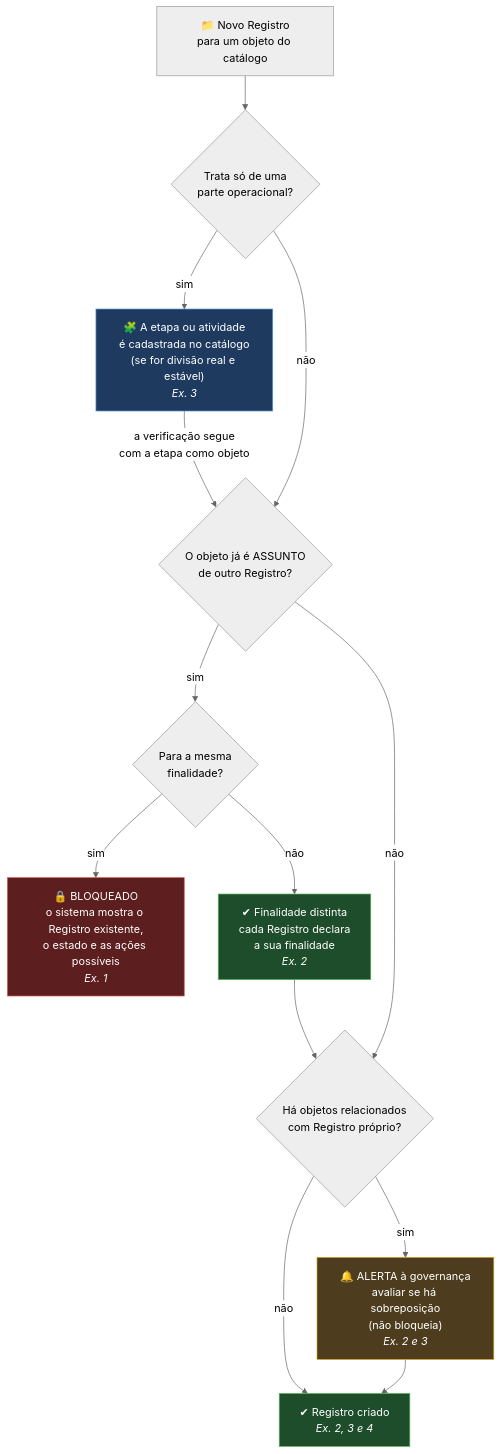
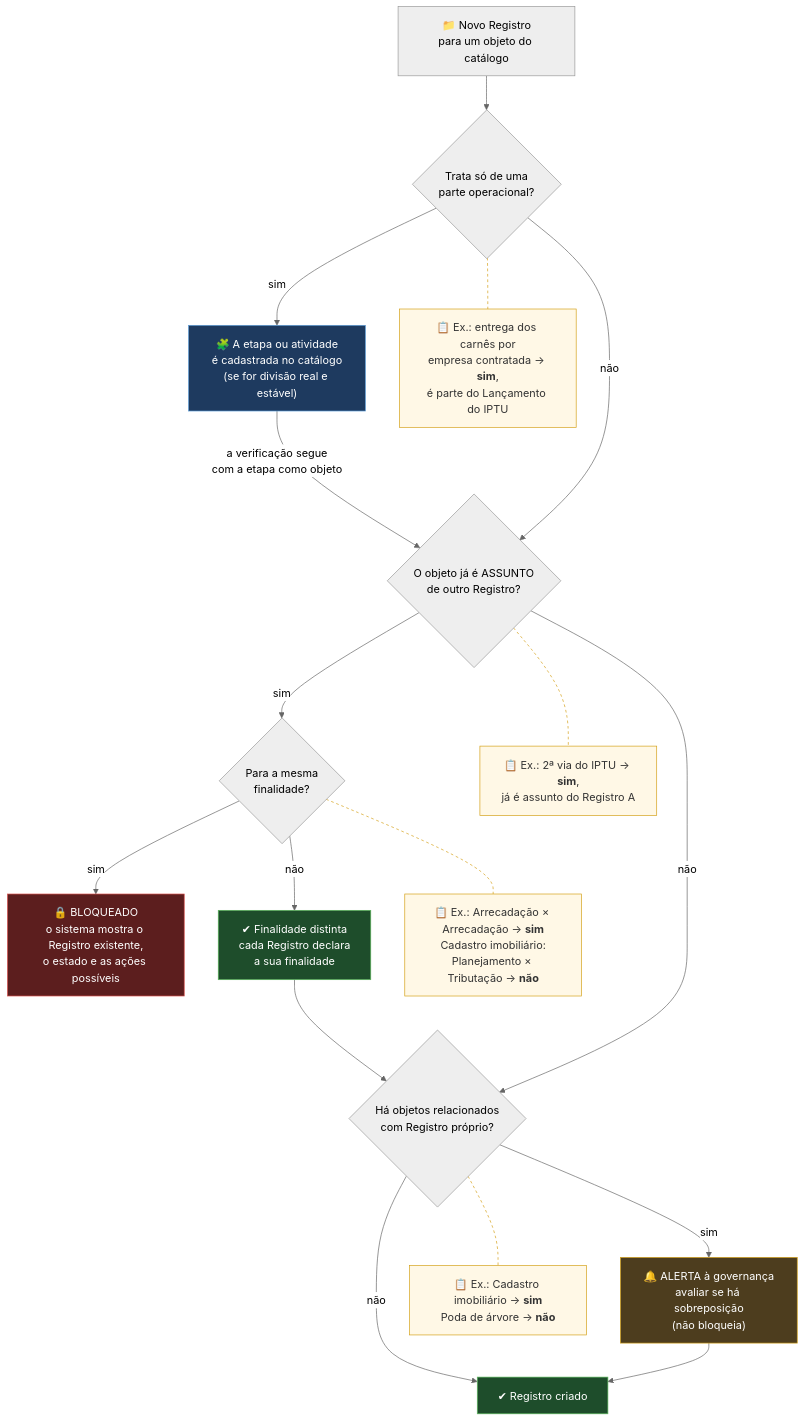
The seventh of 7 diagrams in README.md (ailtonfv/governanca-lgpd-hortolandia), drawn with Mermaid (neutral theme) before and after one commit. The commit also changed other lines of this file, not shown here.

````diff
--- a/README.md
+++ b/README.md
@@ -183,20 +224,31 @@
 ```mermaid
 flowchart TD
     N["📁 Novo Registro<br/>para um objeto do catálogo"] --> P{"Trata só de uma<br/>parte operacional?"}
-    P -- "sim" --> ET["🧩 A etapa ou atividade<br/>é cadastrada no catálogo<br/>(se for divisão real e estável)<br/><i>Ex. 3</i>"]
+    P -- "sim" --> ET["🧩 A etapa ou atividade<br/>é cadastrada no catálogo<br/>(se for divisão real e estável)"]
     ET -- "a verificação segue<br/>com a etapa como objeto" --> Q1
     P -- "não" --> Q1{"O objeto já é ASSUNTO<br/>de outro Registro?"}
     Q1 -- "sim" --> Q2{"Para a mesma<br/>finalidade?"}
-    Q2 -- "sim" --> BL["🔒 BLOQUEADO<br/>o sistema mostra o Registro existente,<br/>o estado e as ações possíveis<br/><i>Ex. 1</i>"]
-    Q2 -- "não" --> OK2["✔ Finalidade distinta<br/>cada Registro declara<br/>a sua finalidade<br/><i>Ex. 2</i>"]
+    Q2 -- "sim" --> BL["🔒 BLOQUEADO<br/>o sistema mostra o Registro existente,<br/>o estado e as ações possíveis"]
+    Q2 -- "não" --> OK2["✔ Finalidade distinta<br/>cada Registro declara<br/>a sua finalidade"]
     OK2 --> Q3
     Q1 -- "não" --> Q3{"Há objetos relacionados<br/>com Registro próprio?"}
-    Q3 -- "sim" --> AL["🔔 ALERTA à governança<br/>avaliar se há sobreposição<br/>(não bloqueia)<br/><i>Ex. 2 e 3</i>"]
-    Q3 -- "não" --> OK["✔ Registro criado<br/><i>Ex. 2, 3 e 4</i>"]
+    Q3 -- "sim" --> AL["🔔 ALERTA à governança<br/>avaliar se há sobreposição<br/>(não bloqueia)"]
+    Q3 -- "não" --> OK["✔ Registro criado"]
     AL --> OK
+    XP["📋 Ex.: entrega dos carnês por<br/>empresa contratada → <b>sim</b>,<br/>é parte do Lançamento do IPTU"]
+    XQ1["📋 Ex.: 2ª via do IPTU → <b>sim</b>,<br/>já é assunto do Registro A"]
+    XQ2["📋 Ex.: Arrecadação × Arrecadação → <b>sim</b><br/>Cadastro imobiliário:<br/>Planejamento × Tributação → <b>não</b>"]
+    XQ3["📋 Ex.: Cadastro imobiliário → <b>sim</b><br/>Poda de árvore → <b>não</b>"]
+    P -.- XP
+    Q1 -.- XQ1
+    Q2 -.- XQ2
+    Q3 -.- XQ3
     style BL fill:#5c1e1e,stroke:#d9534f,color:#fff
     style OK fill:#1e4d2b,stroke:#5cb85c,color:#fff
     style OK2 fill:#1e4d2b,stroke:#5cb85c,color:#fff
     style AL fill:#4d3d1e,stroke:#d4a017,color:#fff
     style ET fill:#1e3a5f,stroke:#5b9bd5,color:#fff
+    classDef ex fill:#fff8e6,stroke:#d4a017,color:#333
+    class XP,XQ1,XQ2,XQ3 ex
+    linkStyle 12,13,14,15 stroke:#d4a017,stroke-dasharray:4
 ```
````
